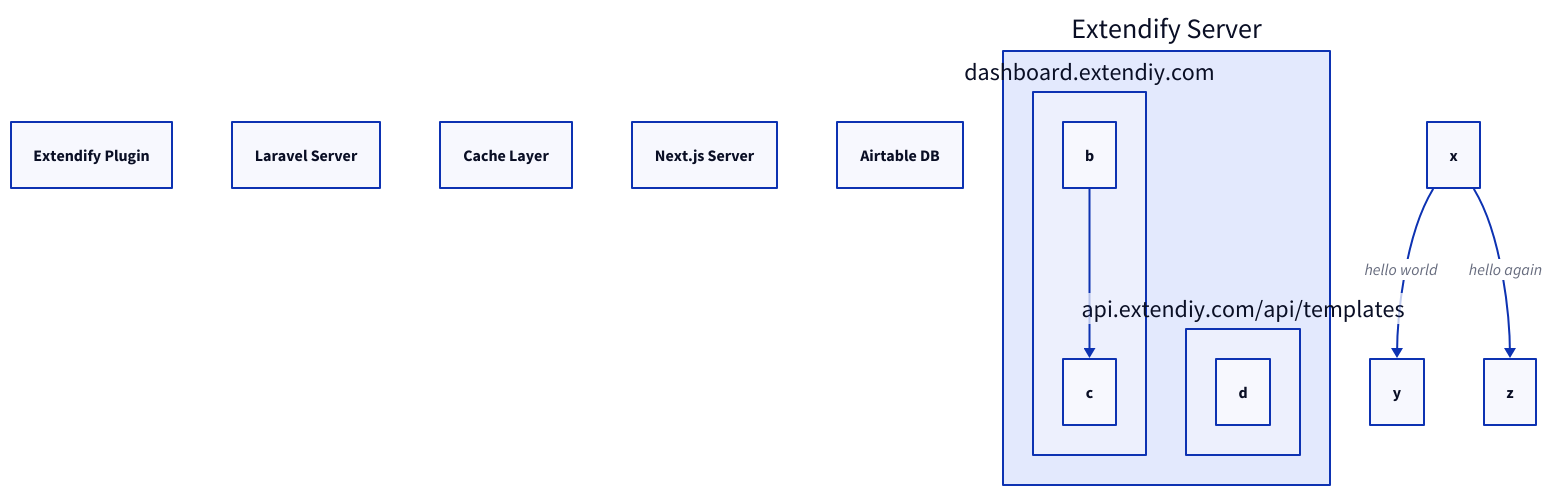
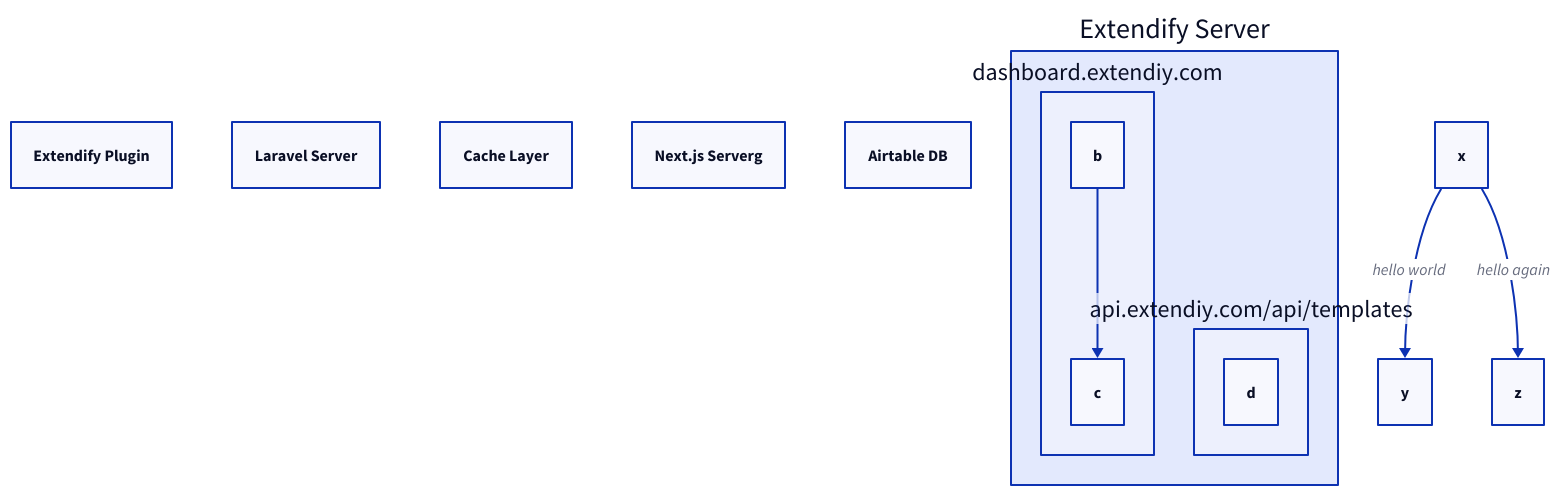
Before and after one commit to dgwyer/myapp: the diagram in d2/file.d2, drawn with D2.

```diff
--- a/d2/file.d2
+++ b/d2/file.d2
@@ -1,18 +1,18 @@
 a: Extendify Plugin
 b: Laravel Server
 c: Cache Layer
-d: Next.js Server
+d: Next.js Serverg
 e: Airtable DB
 
 extendifyServer: Extendify Server {
   dashboardServer: dashboard.extendiy.com {
     b -> c
   }
 
   apiServer: api.extendiy.com/api/templates {
     d
   }
 }
 
 x -> y: hello world
 x -> z: hello again
```
